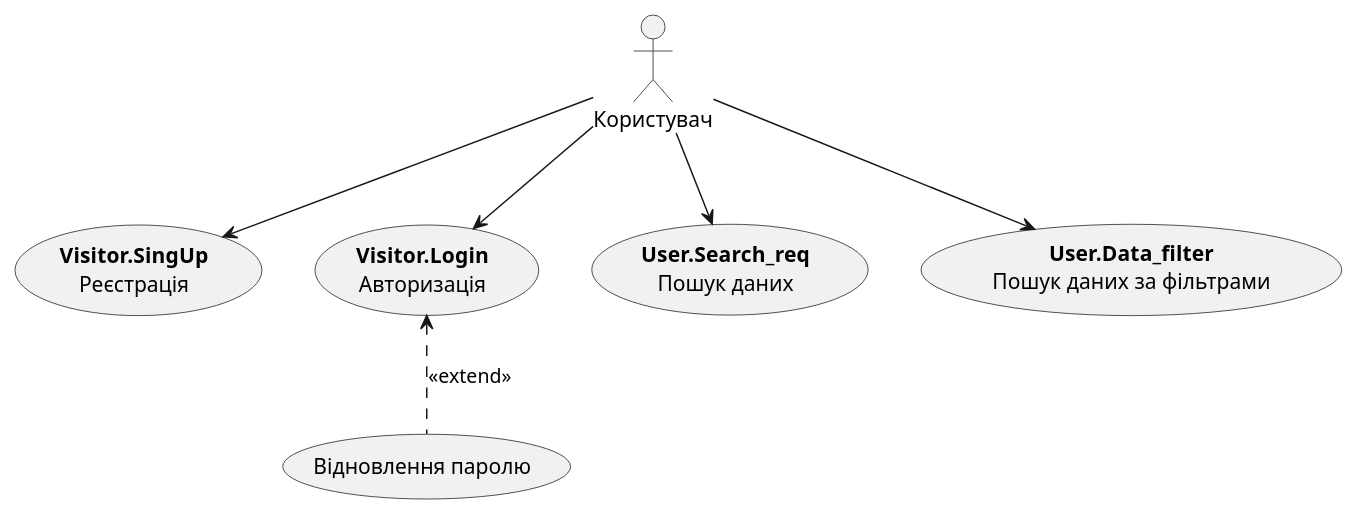
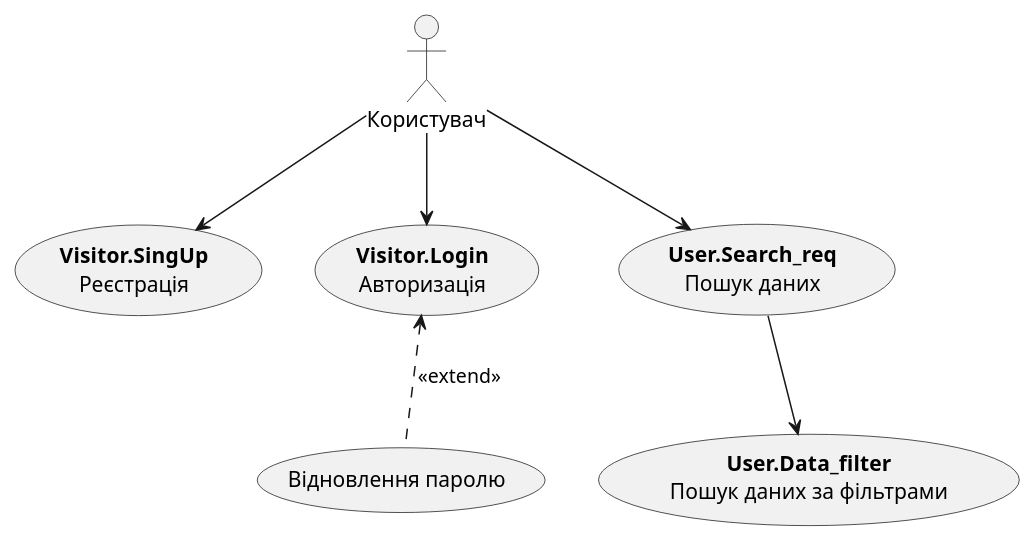
One commit to nonGratis/retarder-io-23-3 changed the second of 10 diagrams in docs/use cases/README.md. Above: the diagram before and after it, drawn with PlantUML. The commit also changed other lines of this file, not shown here.

````diff
--- a/docs/use cases/README.md
+++ b/docs/use cases/README.md
@@ -57,19 +57,19 @@
 ```plantuml
 @startuml
 
 actor "Користувач" as User
 
 usecase "<b>Visitor.SingUp\nРеєстрація" as Registration
 usecase "<b>Visitor.Login\nАвторизація" as Login
 usecase "<b>User.Search_req\nПошук даних" as Search
 usecase "<b>User.Data_filter\nПошук даних за фільтрами" as SearchWithFilters
 usecase "Відновлення паролю" as PasswordRecovery
 
 User --> Registration
 User --> Login
 User --> Search 
-User --> SearchWithFilters
+Search --> SearchWithFilters
 Login <-[dashed]- PasswordRecovery : <<extend>>
 
 @enduml
 ```
````
